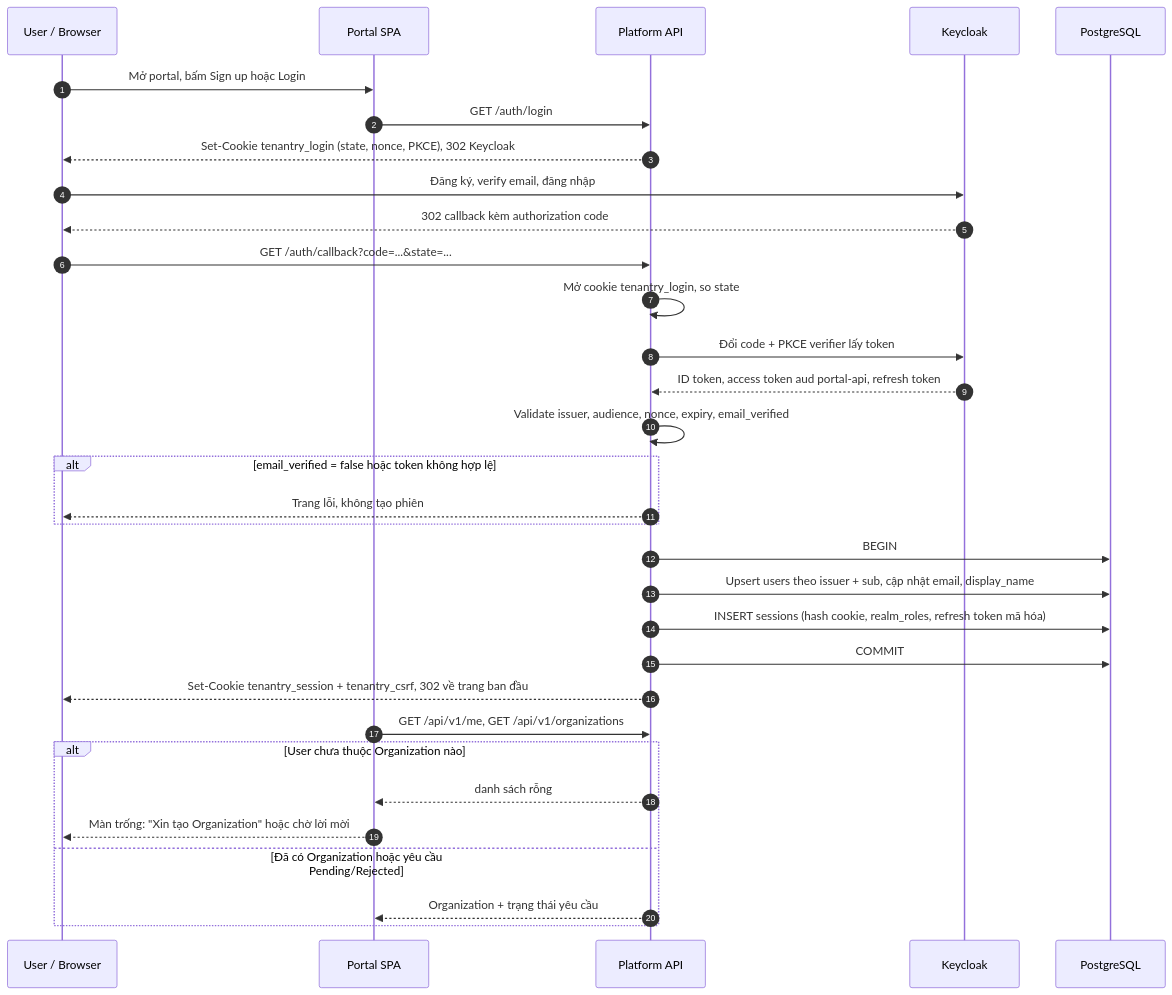
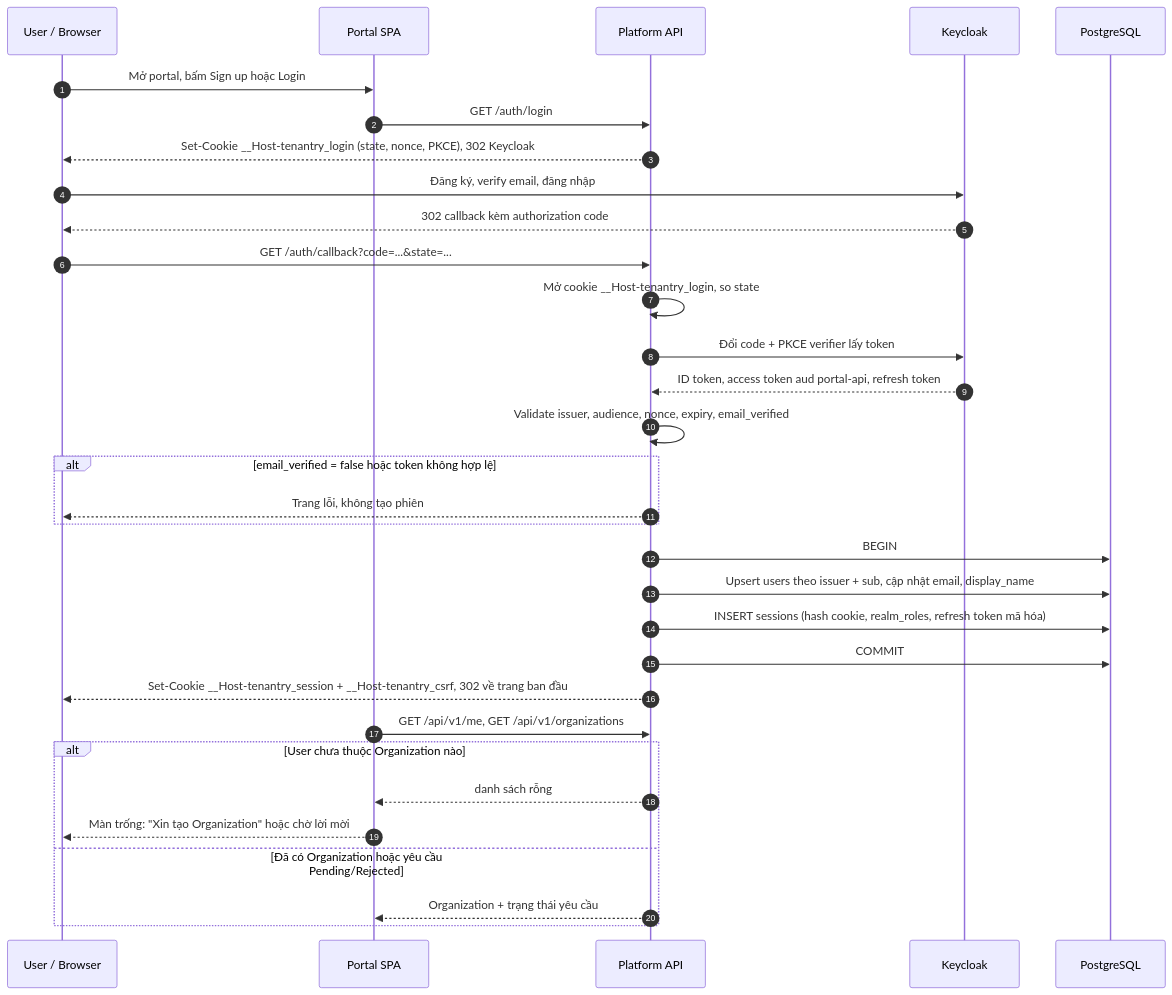
The first of 19 diagrams in docs/architecture/03-flows.md (thaihoc1310/tenantry), drawn with Mermaid before and after one commit. The commit also changed other lines of this file and 14 other files, not shown here.

````diff
--- a/docs/architecture/03-flows.md
+++ b/docs/architecture/03-flows.md
@@ -39,35 +40,35 @@
 ```mermaid
 sequenceDiagram
   autonumber
   participant U as User / Browser
   participant SPA as Portal SPA
   participant API as Platform API
   participant KC as Keycloak
   participant DB as PostgreSQL
 
   U->>SPA: Mở portal, bấm Sign up hoặc Login
   SPA->>API: GET /auth/login
-  API-->>U: Set-Cookie tenantry_login (state, nonce, PKCE), 302 Keycloak
+  API-->>U: Set-Cookie __Host-tenantry_login (state, nonce, PKCE), 302 Keycloak
   U->>KC: Đăng ký, verify email, đăng nhập
   KC-->>U: 302 callback kèm authorization code
   U->>API: GET /auth/callback?code=...&state=...
-  API->>API: Mở cookie tenantry_login, so state
+  API->>API: Mở cookie __Host-tenantry_login, so state
   API->>KC: Đổi code + PKCE verifier lấy token
   KC-->>API: ID token, access token aud portal-api, refresh token
   API->>API: Validate issuer, audience, nonce, expiry, email_verified
   alt email_verified = false hoặc token không hợp lệ
     API-->>U: Trang lỗi, không tạo phiên
   end
   API->>DB: BEGIN
   API->>DB: Upsert users theo issuer + sub, cập nhật email, display_name
   API->>DB: INSERT sessions (hash cookie, realm_roles, refresh token mã hóa)
   API->>DB: COMMIT
-  API-->>U: Set-Cookie tenantry_session + tenantry_csrf, 302 về trang ban đầu
+  API-->>U: Set-Cookie __Host-tenantry_session + __Host-tenantry_csrf, 302 về trang ban đầu
   SPA->>API: GET /api/v1/me, GET /api/v1/organizations
   alt User chưa thuộc Organization nào
     API-->>SPA: danh sách rỗng
     SPA-->>U: Màn trống: "Xin tạo Organization" hoặc chờ lời mời
   else Đã có Organization hoặc yêu cầu Pending/Rejected
     API-->>SPA: Organization + trạng thái yêu cầu
   end
 ```
````
